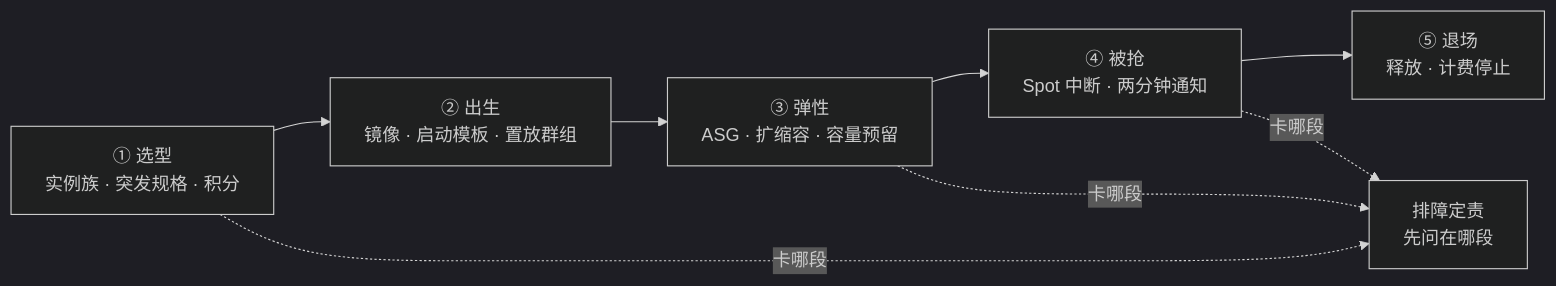
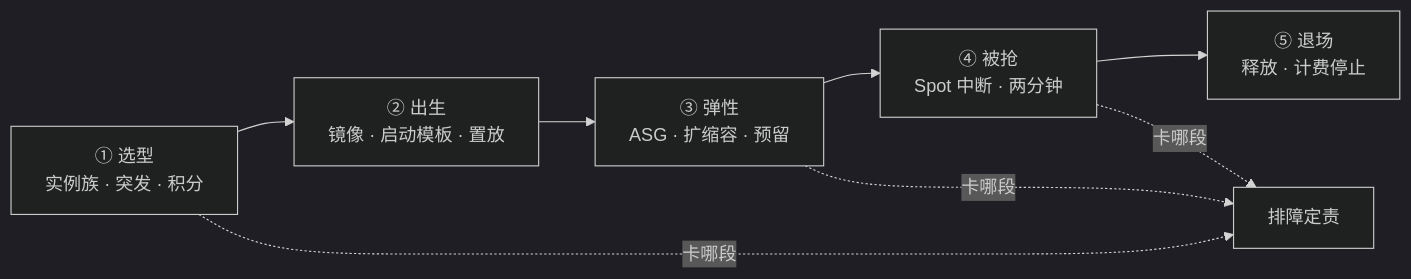
The first of 5 diagrams in 06-云平台/02-云上计算与弹性/知识点.md (ml-cuizijun/LearnToLilith), drawn with Mermaid (dark theme) before and after one commit. The commit also changed other lines of this file and 178 other files, not shown here.

````diff
--- a/06-云平台/02-云上计算与弹性/知识点.md
+++ b/06-云平台/02-云上计算与弹性/知识点.md
@@ -19,10 +15,10 @@
 ```mermaid
 flowchart LR
-    PICK["① 选型<br/>实例族 · 突发规格 · 积分"] --> BORN["② 出生<br/>镜像 · 启动模板 · 置放群组"]
-    BORN --> ELASTIC["③ 弹性<br/>ASG · 扩缩容 · 容量预留"]
-    ELASTIC --> GRAB["④ 被抢<br/>Spot 中断 · 两分钟通知"]
+    PICK["① 选型<br/>实例族 · 突发 · 积分"] --> BORN["② 出生<br/>镜像 · 启动模板 · 置放"]
+    BORN --> ELASTIC["③ 弹性<br/>ASG · 扩缩容 · 预留"]
+    ELASTIC --> GRAB["④ 被抢<br/>Spot 中断 · 两分钟"]
     GRAB --> EXIT["⑤ 退场<br/>释放 · 计费停止"]
-    PICK -.->|卡哪段| DIAG["排障定责<br/>先问在哪段"]
+    PICK -.->|卡哪段| DIAG["排障定责"]
     ELASTIC -.->|卡哪段| DIAG
     GRAB -.->|卡哪段| DIAG
 ```
````
